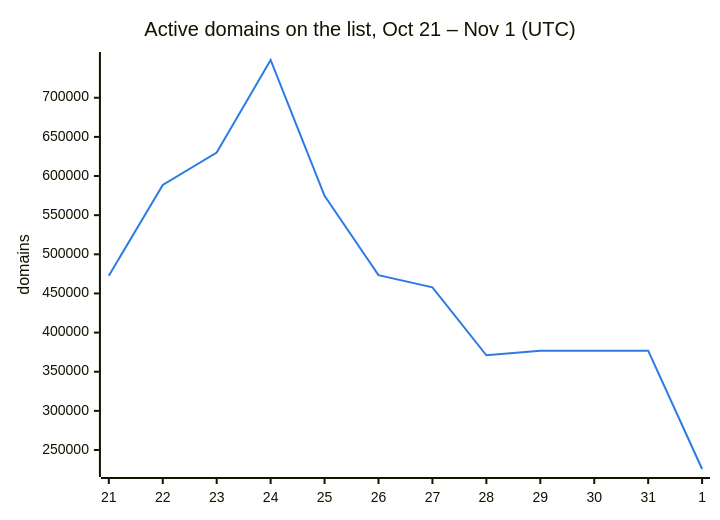
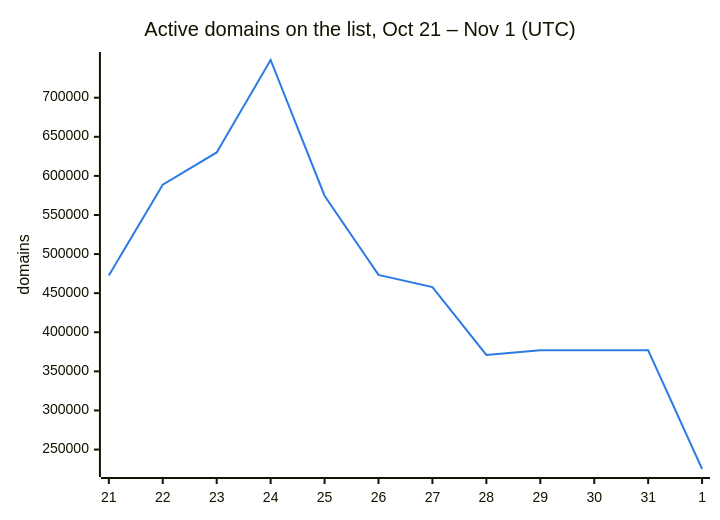
Before and after one commit to DNSBunker/CTI: the second of 3 diagrams in README.md, drawn with Mermaid. The commit also changed other lines of this file and 3 other files, not shown here.

````diff
--- a/README.md
+++ b/README.md
@@ -38,8 +38,8 @@
 ```mermaid
 %%{init: {"themeVariables": {"xyChart": {"plotColorPalette": "#2c7be5"}}}}%%
 xychart-beta
     title "Active domains on the list, Oct 21 – Nov 1 (UTC)"
     x-axis ["21", "22", "23", "24", "25", "26", "27", "28", "29", "30", "31", "1"]
     y-axis "domains"
-    line [472713, 588659, 629951, 748222, 574614, 473331, 457795, 371010, 376945, 376945, 376945, 225730]
+    line [472713, 588659, 629951, 748222, 574614, 473331, 457795, 371010, 376945, 376945, 376945, 225114]
 ```
````
